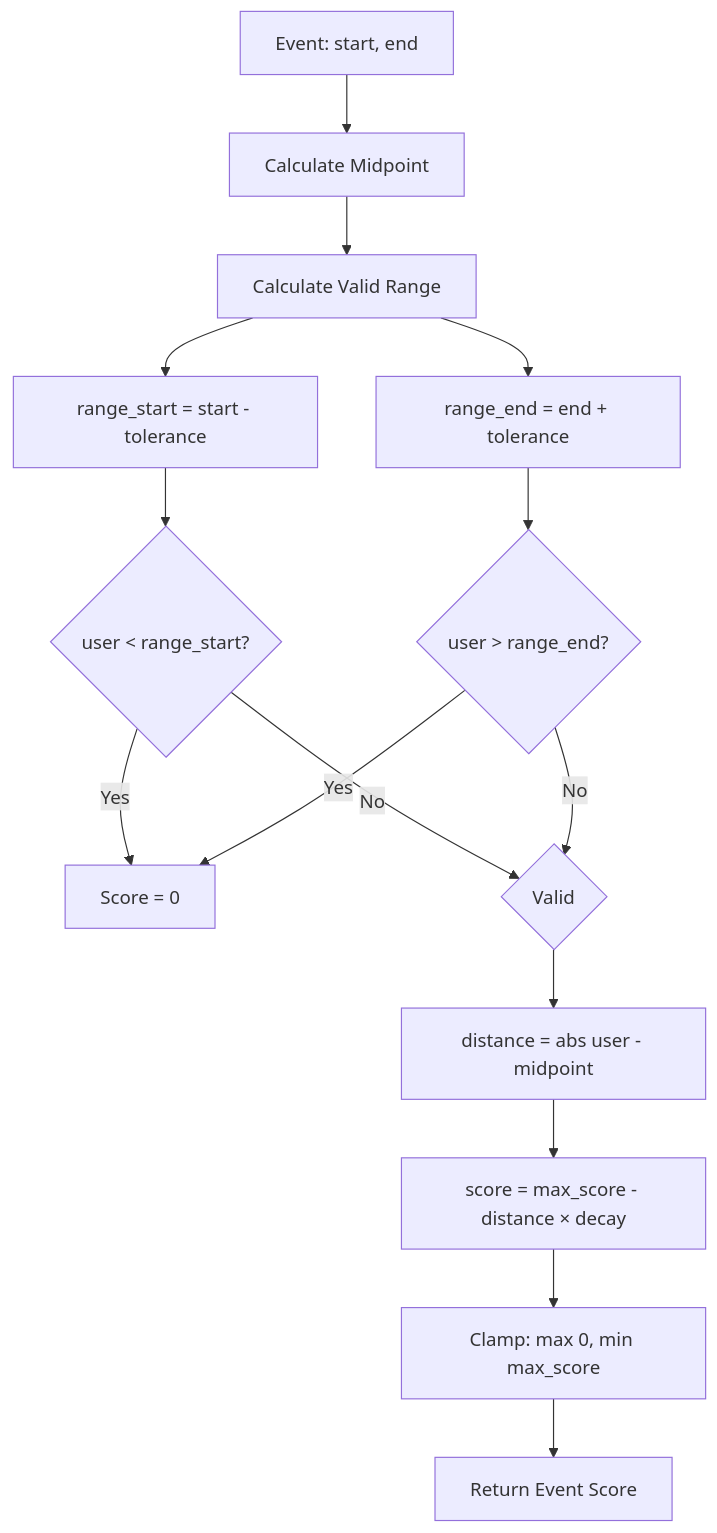
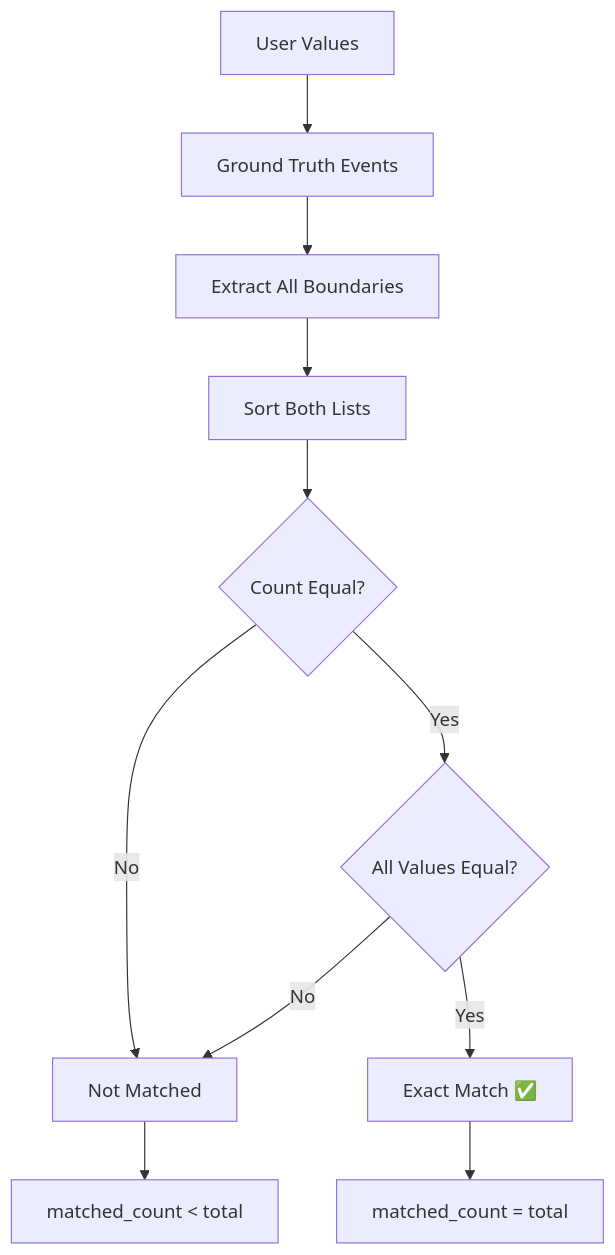
One commit to finalFlash159/mock-server-scoring-api-for-AIC-VBS changed the second of 2 diagrams in docs/scoring-logic.md. Above: the diagram before and after it, drawn with Mermaid. The commit also changed other lines of this file and 4 other files, not shown here.

````diff
--- a/docs/scoring-logic.md
+++ b/docs/scoring-logic.md
@@ -74,17 +90,13 @@
 ```mermaid
 flowchart TD
-    A[Event: start, end] --> B[Calculate Midpoint]
-    B --> C[Calculate Valid Range]
-    C --> D[range_start = start - tolerance]
-    C --> E[range_end = end + tolerance]
-    D --> F{user < range_start?}
-    E --> G{user > range_end?}
-    F -->|Yes| H[Score = 0]
-    G -->|Yes| H
-    F -->|No| I{Valid}
-    G -->|No| I
-    I --> J[distance = abs user - midpoint]
-    J --> K[score = max_score - distance × decay]
-    K --> L[Clamp: max 0, min max_score]
-    L --> M[Return Event Score]
+    A[User Values] --> B[Ground Truth Events]
+    B --> C[Extract All Boundaries]
+    C --> D[Sort Both Lists]
+    D --> E{Count Equal?}
+    E -->|No| F[Not Matched]
+    E -->|Yes| G{All Values Equal?}
+    G -->|No| F
+    G -->|Yes| H[Exact Match ✅]
+    F --> I[matched_count < total]
+    H --> J[matched_count = total]
 ```
````
